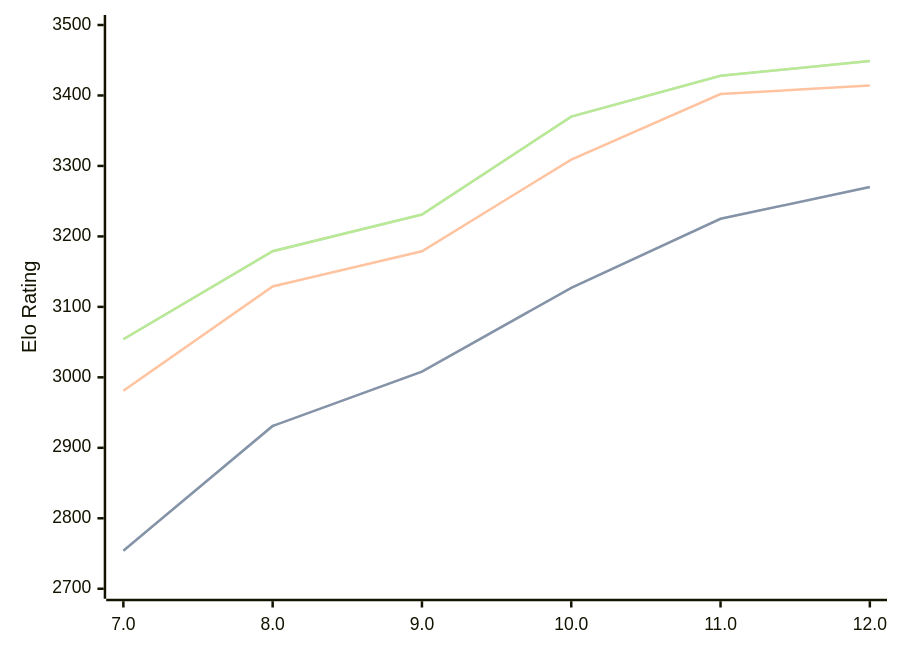
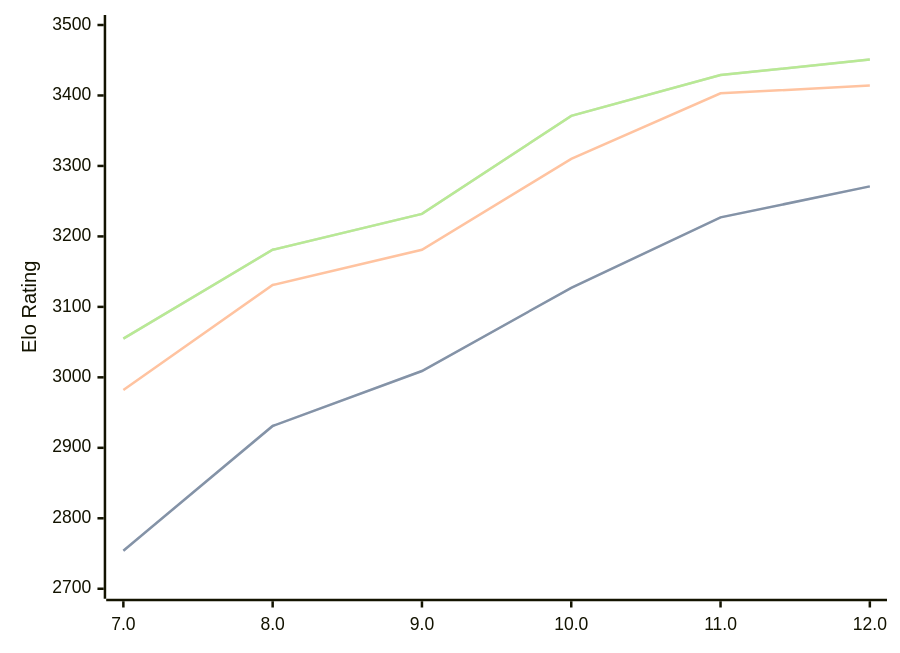
One commit to computer-chess-index/cci changed the third of 3 diagrams in engines/Tcheran.md. Above: the diagram before and after it, drawn with Mermaid. The commit also changed other lines of this file, not shown here.

Commit message:
Update CCI Ratings (ELO VLTC) - 2026-06-23

````diff
--- a/engines/Tcheran.md
+++ b/engines/Tcheran.md
@@ -83,11 +83,11 @@
 ```mermaid
 %%{init: {"theme":"base","themeVariables":{"seriesColors:['#a3a3a3','#222221','#faa371']}}}%%
 xychart-beta
   x-axis ["7.0", "8.0", "9.0", "10.0", "11.0", "12.0"]
   y-axis "Elo Rating" 2700 --> 3500
-  line "STC (8.0+0.08s)" [2754, 2931, 3008, 3127, 3225, 3270]
-  line "STC (8.0+0.08s)" [2754, 2931, 3008, 3127, 3225, 3270]
-  line "LTC (60.0+0.60s)" [2981, 3129, 3179, 3309, 3402, 3414]
-  line "VLTC (2m24s+1.12s)" [3054, 3179, 3231, 3370, 3428, 3449]
-  line "VLTC (2m24s+1.12s)" [3054, 3179, 3231, 3370, 3428, 3449]
+  line "STC (8.0+0.08s)" [2754, 2931, 3009, 3127, 3227, 3271]
+  line "STC (8.0+0.08s)" [2754, 2931, 3009, 3127, 3227, 3271]
+  line "LTC (60.0+0.60s)" [2982, 3131, 3181, 3310, 3403, 3414]
+  line "VLTC (2m24s+1.12s)" [3055, 3181, 3232, 3371, 3429, 3451]
+  line "VLTC (2m24s+1.12s)" [3055, 3181, 3232, 3371, 3429, 3451]
 ```
````
